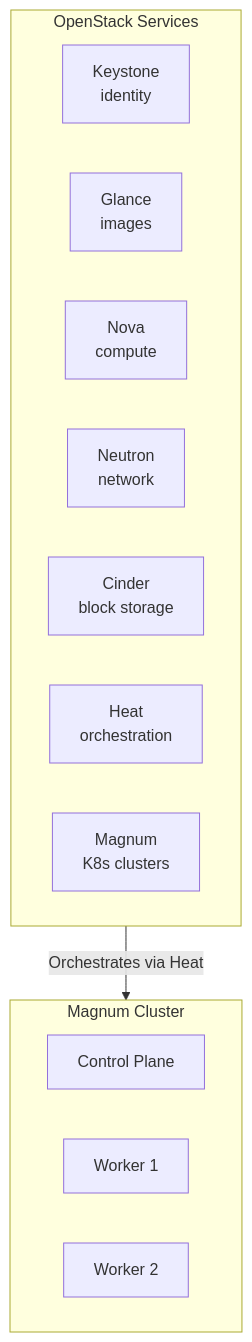
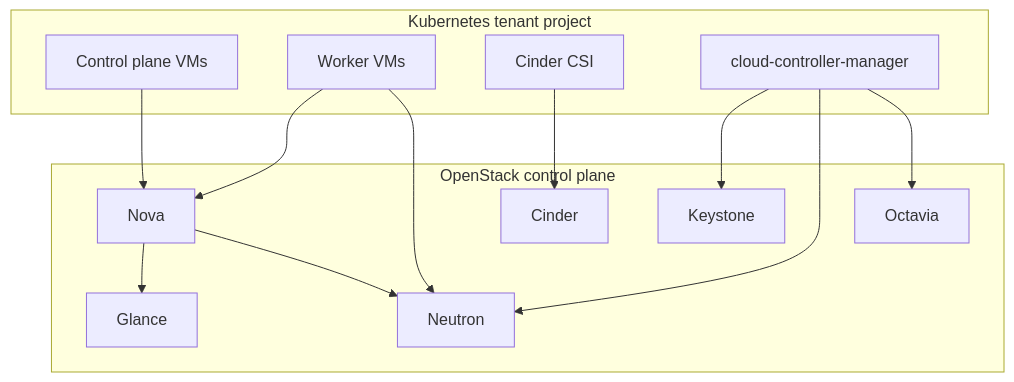
Before and after one commit to kube-dojo/kube-dojo: the first of 3 diagrams in src/content/docs/on-premises/multi-cluster/module-5.1-private-cloud.md, drawn with Mermaid. The commit also changed other lines of this file, not shown here.

First line of the commit message:
feat(content): T0 rewrite — On-Premises Multi-Cluster Private Cloud Platforms (#1475)

````diff
--- a/src/content/docs/on-premises/multi-cluster/module-5.1-private-cloud.md
+++ b/src/content/docs/on-premises/multi-cluster/module-5.1-private-cloud.md
@@ -184,22 +49,26 @@
 ```mermaid
-flowchart TD
-    subgraph OpenStack [OpenStack Services]
-        direction LR
-        KS[Keystone<br/>identity]
-        GL[Glance<br/>images]
-        NV[Nova<br/>compute]
-        NT[Neutron<br/>network]
-        CD[Cinder<br/>block storage]
-        HT[Heat<br/>orchestration]
-        MG[Magnum<br/>K8s clusters]
+flowchart TB
+    subgraph Tenant["Kubernetes tenant project"]
+        KCP[Control plane VMs]
+        KW[Worker VMs]
+        CSI[Cinder CSI]
+        CCM[cloud-controller-manager]
     end
-    
-    subgraph MagnumCluster [Magnum Cluster]
-        direction LR
-        CP[Control Plane]
-        W1[Worker 1]
-        W2[Worker 2]
+    subgraph OpenStack["OpenStack control plane"]
+        KS[Keystone]
+        NV[Nova]
+        NT[Neutron]
+        GL[Glance]
+        CI[Cinder]
+        OC[Octavia]
     end
-    
-    MG -->|Orchestrates via Heat| MagnumCluster
+    KCP --> NV
+    KW --> NV
+    CCM --> KS
+    CCM --> NT
+    CCM --> OC
+    CSI --> CI
+    NV --> GL
+    NV --> NT
+    KW --> NT
 ```
````
